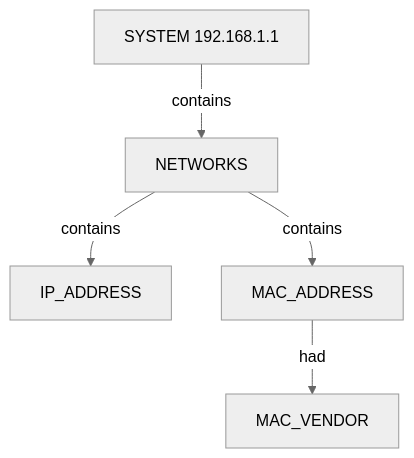
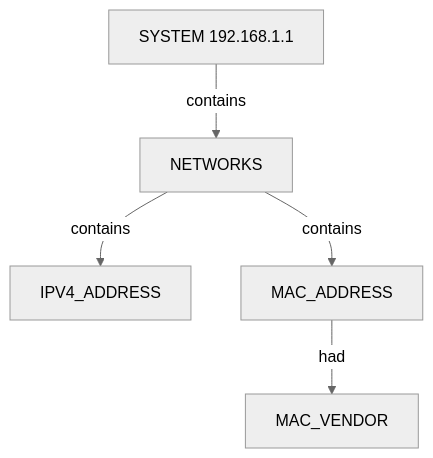
The second of 2 diagrams in .docs/docs-for-cli-tools/nugget_structure/netdiscover_local_subnet_fast_parsable_proposed_nuggets_edges_description.md (brettforbes/spiderfeet), drawn with Mermaid (neutral theme) before and after one commit. The commit also changed other lines of this file and 170 other files, not shown here.

````diff
--- a/.docs/docs-for-cli-tools/nugget_structure/netdiscover_local_subnet_fast_parsable_proposed_nuggets_edges_description.md
+++ b/.docs/docs-for-cli-tools/nugget_structure/netdiscover_local_subnet_fast_parsable_proposed_nuggets_edges_description.md
@@ -37,12 +37,12 @@
 ```mermaid
 flowchart TD
   system["SYSTEM 192.168.1.1"]
   nets["NETWORKS"]
   system -->|contains| nets
-  ip["IP_ADDRESS"]
+  ip["IPV4_ADDRESS"]
   nets -->|contains| ip
   mac["MAC_ADDRESS"]
   nets -->|contains| mac
   vendor["MAC_VENDOR"]
   mac -->|had| vendor
 ```
````
